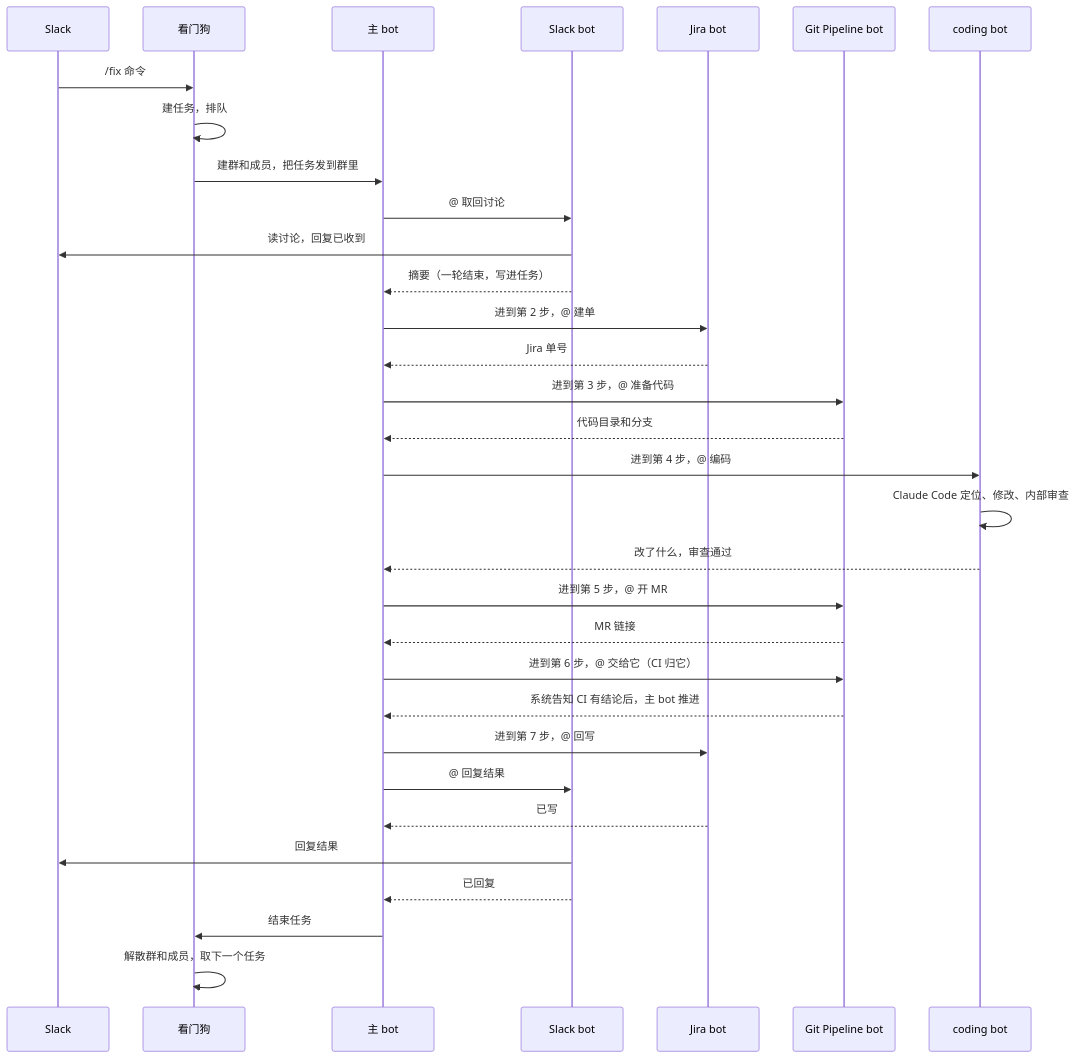
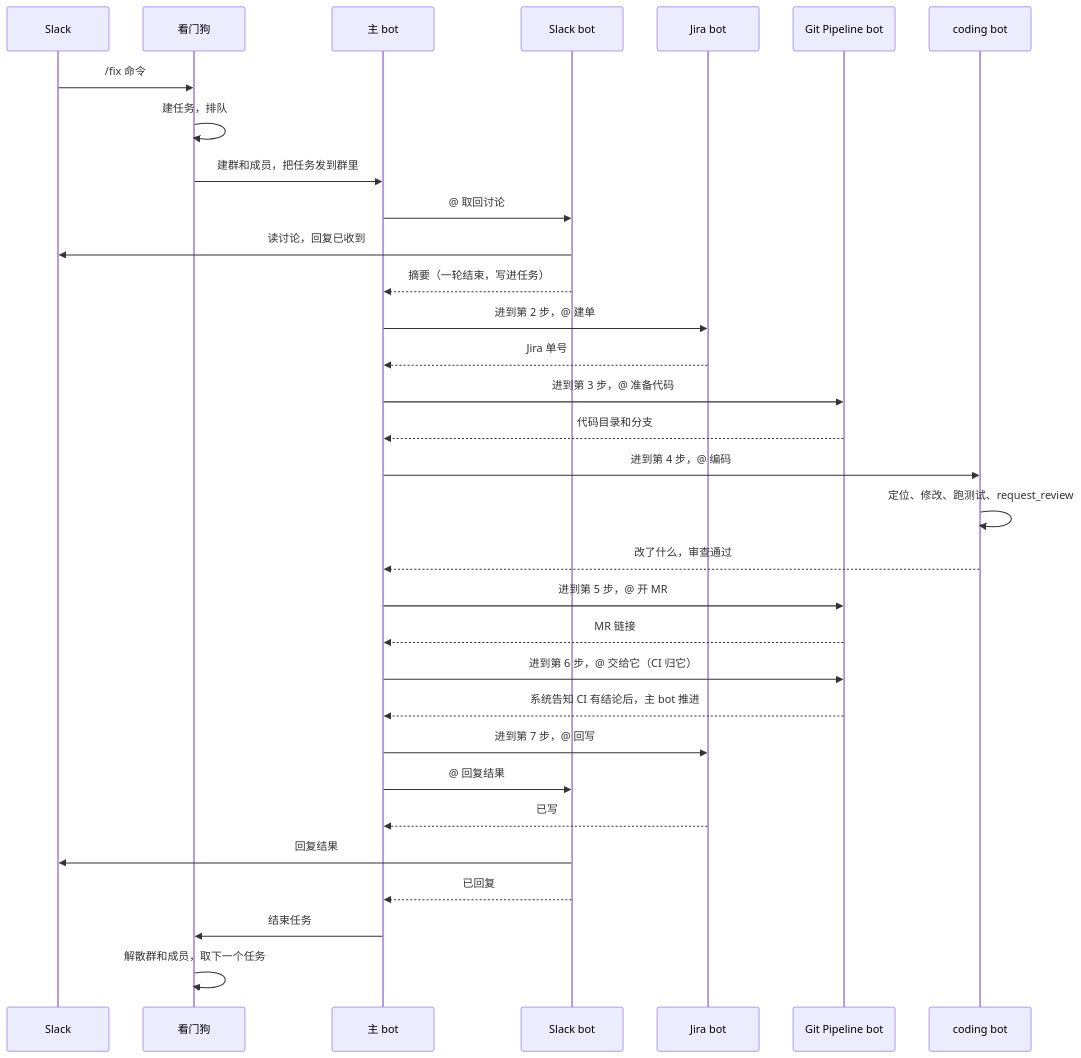
One commit to whhe-coder/Chat-to-Fix-Agent changed the third of 3 diagrams in docs/chat-to-fix/design/software-spec.md. Above: the diagram before and after it, drawn with Mermaid. The commit also changed other lines of this file and 110 other files, not shown here.

First line of the commit message:
AIINITIATIVES-5733: all five bots on DSH; drop the Claude Code route

````diff
--- a/docs/chat-to-fix/design/software-spec.md
+++ b/docs/chat-to-fix/design/software-spec.md
@@ -249,34 +247,34 @@
 ```mermaid
 sequenceDiagram
   participant S as Slack
   participant W as 看门狗
   participant M as 主 bot
   participant SB as Slack bot
   participant JB as Jira bot
   participant P as Git Pipeline bot
   participant C as coding bot
   S->>W: /fix 命令
   W->>W: 建任务，排队
   W->>M: 建群和成员，把任务发到群里
   M->>SB: @ 取回讨论
   SB->>S: 读讨论，回复已收到
   SB-->>M: 摘要（一轮结束，写进任务）
   M->>JB: 进到第 2 步，@ 建单
   JB-->>M: Jira 单号
   M->>P: 进到第 3 步，@ 准备代码
   P-->>M: 代码目录和分支
   M->>C: 进到第 4 步，@ 编码
-  C->>C: Claude Code 定位、修改、内部审查
+  C->>C: 定位、修改、跑测试、request_review
   C-->>M: 改了什么，审查通过
   M->>P: 进到第 5 步，@ 开 MR
   P-->>M: MR 链接
   M->>P: 进到第 6 步，@ 交给它（CI 归它）
   P-->>M: 系统告知 CI 有结论后，主 bot 推进
   M->>JB: 进到第 7 步，@ 回写
   M->>SB: @ 回复结果
   JB-->>M: 已写
   SB->>S: 回复结果
   SB-->>M: 已回复
   M->>W: 结束任务
   W->>W: 解散群和成员，取下一个任务
 ```
````
